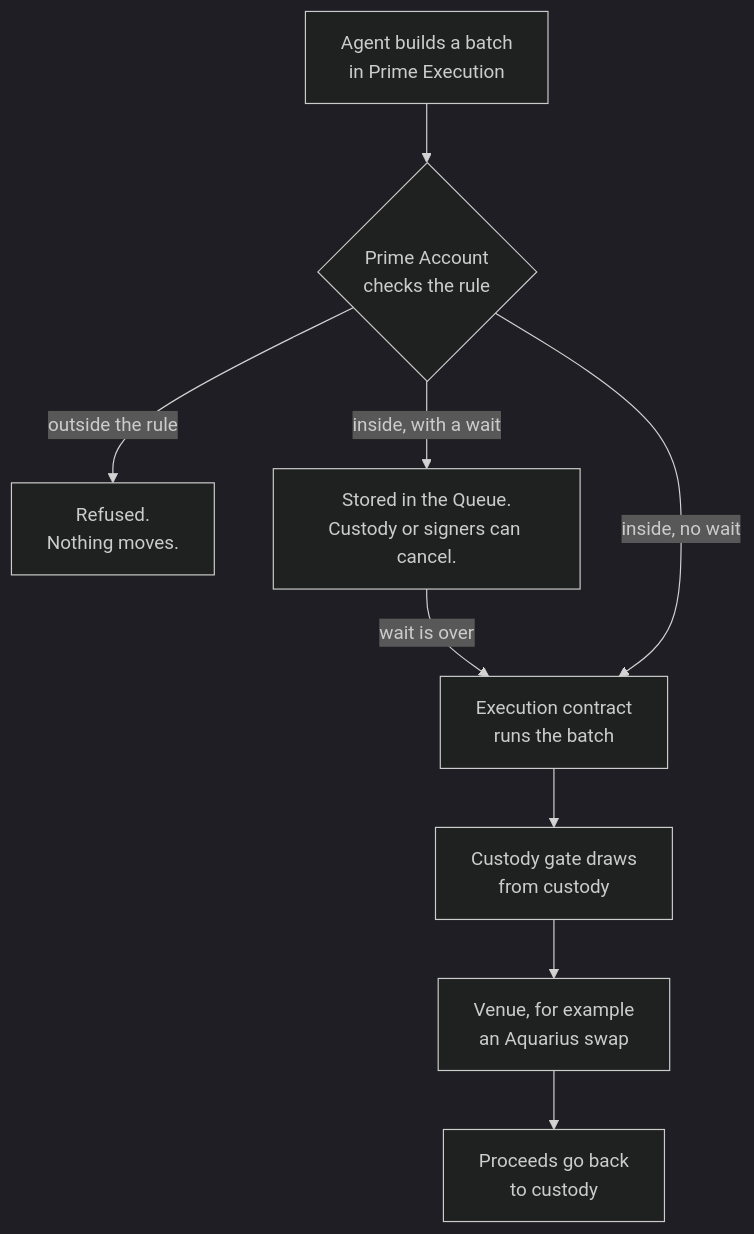
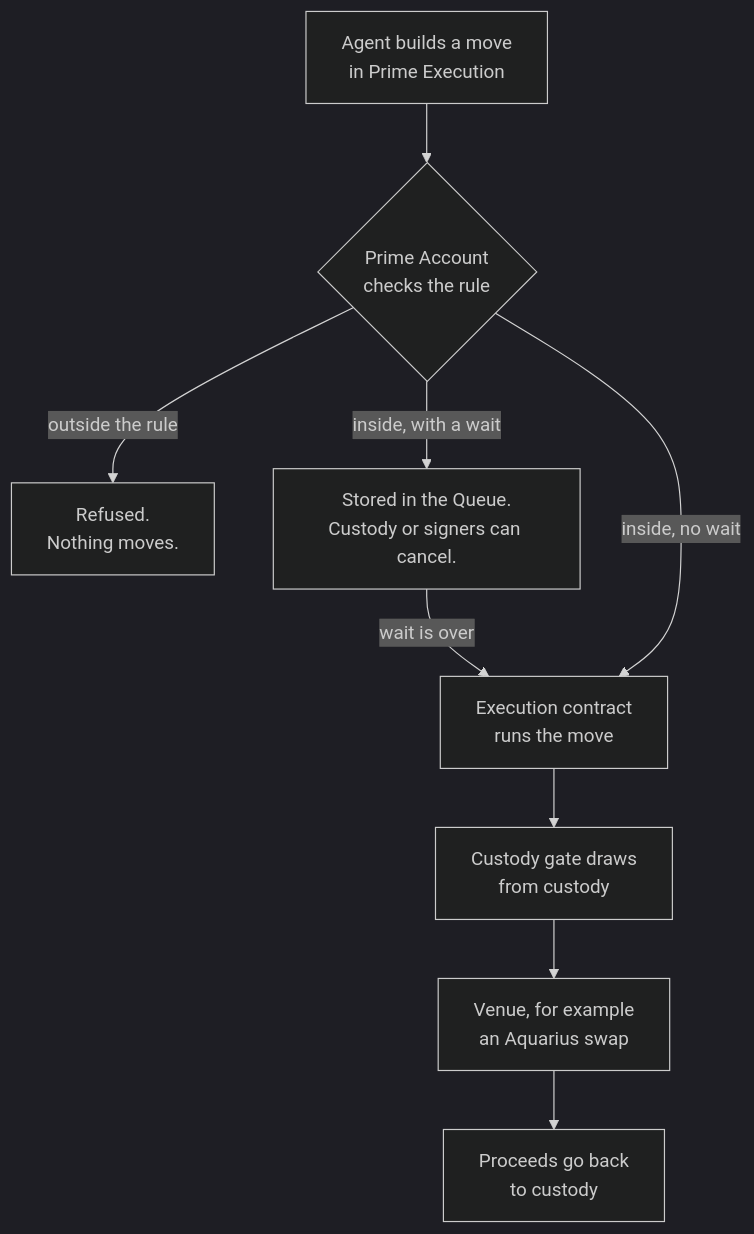
Before and after one commit to untangledfinance/untangled-docs: the diagram in docs/Prime/02.how-prime-works.md, drawn with Mermaid (dark theme). The commit also changed other lines of this file and 10 other files, not shown here.

First line of the commit message:
docs(prime): use one word per concept: move, stored move, wait, execution contract (#145)

````diff
--- a/docs/Prime/02.how-prime-works.md
+++ b/docs/Prime/02.how-prime-works.md
@@ -76,11 +75,11 @@
 ```mermaid
 flowchart TD
-  A[Agent builds a batch<br/>in Prime Execution] --> R{Prime Account<br/>checks the rule}
+  A[Agent builds a move<br/>in Prime Execution] --> R{Prime Account<br/>checks the rule}
   R -- outside the rule --> X[Refused.<br/>Nothing moves.]
   R -- inside, with a wait --> Q[Stored in the Queue.<br/>Custody or signers can cancel.]
   Q -- wait is over --> E
-  R -- inside, no wait --> E[Execution contract<br/>runs the batch]
+  R -- inside, no wait --> E[Execution contract<br/>runs the move]
   E --> G[Custody gate draws<br/>from custody]
   G --> V[Venue, for example<br/>an Aquarius swap]
   V --> C[Proceeds go back<br/>to custody]
 ```
````
